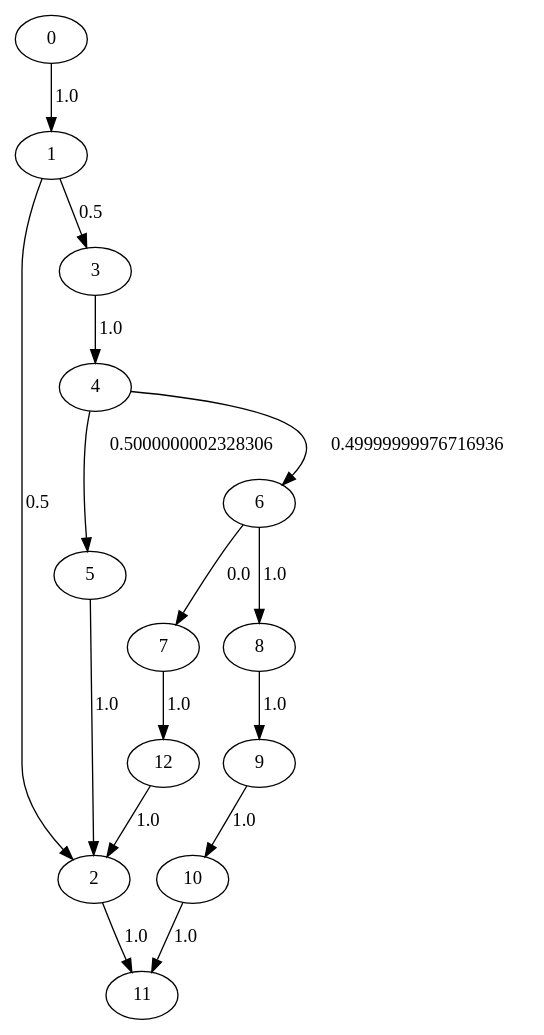
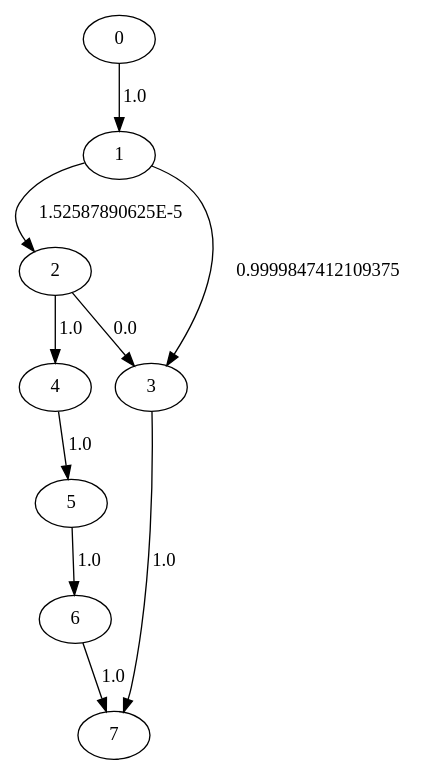
The diagram in LMain_test.dot (seemantasaha/DependencyAnalysis), drawn with Graphviz before and after one commit. The commit also changed 150 other files, not shown here.

```diff
--- a/LMain_test.dot
+++ b/LMain_test.dot
@@ -1,17 +1,11 @@
 digraph {
 	0 -> 1[label= "1.0"];
-	1 -> 2[label= "0.5"];
-	1 -> 3[label= "0.5"];
-	12 -> 2[label= "1.0"];
-	2 -> 11[label= "1.0"];
-	3 -> 4[label= "1.0"];
-	4 -> 5[label= "0.5000000002328306"];
-	4 -> 6[label= "0.49999999976716936"];
-	5 -> 2[label= "1.0"];
-	6 -> 7[label= "0.0"];
-	6 -> 8[label= "1.0"];
-	7 -> 12[label= "1.0"];
-	8 -> 9[label= "1.0"];
-	9 -> 10[label= "1.0"];
-	10 -> 11[label= "1.0"];
+	2 -> 3[label= "0.0"];
+	2 -> 4[label= "1.0"];
+	4 -> 5[label= "1.0"];
+	5 -> 6[label= "1.0"];
+	6 -> 7[label= "1.0"];
+	3 -> 7[label= "1.0"];
+	1 -> 3[label= "0.9999847412109375"];
+	1 -> 2[label= "1.52587890625E-5"];
 }
```
